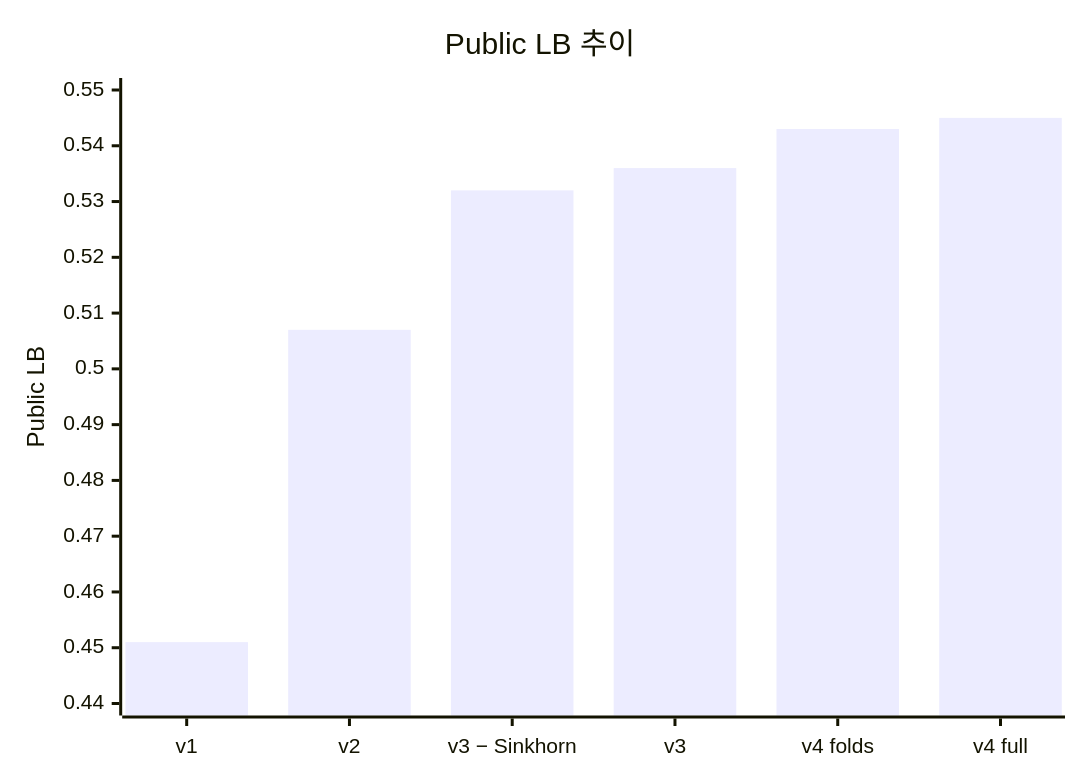
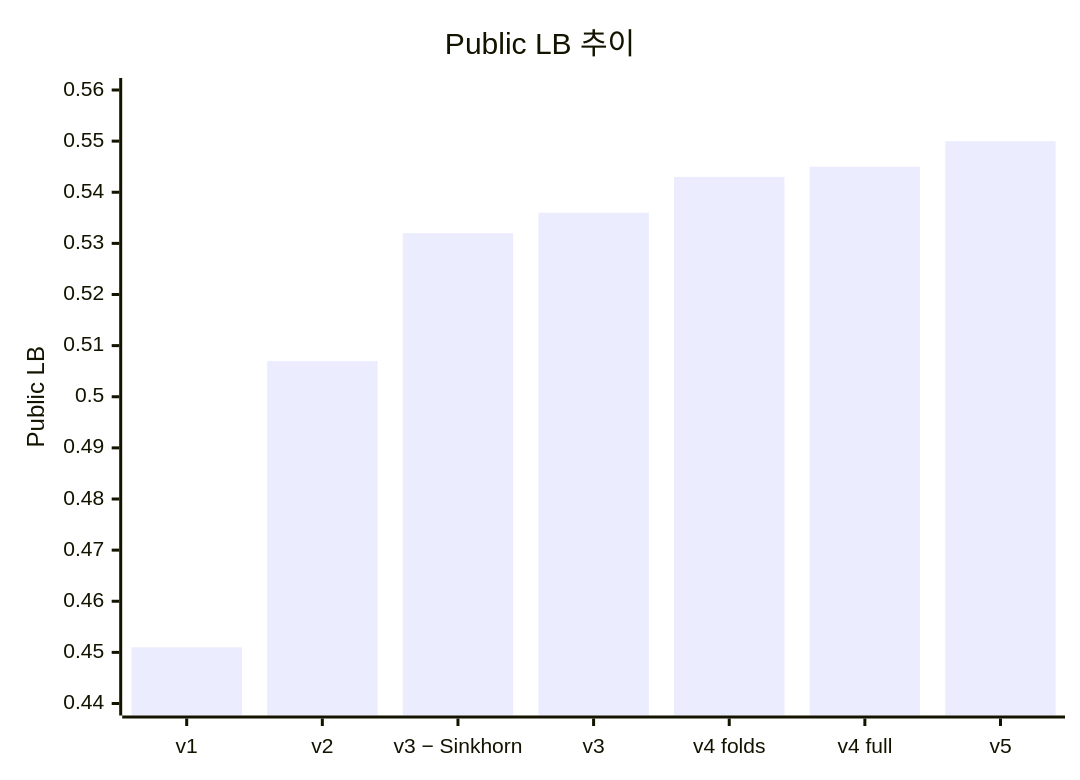
One commit to Lee-Jungwoo/name-that-llm changed the first of 2 diagrams in EXPERIMENTS.md. Above: the diagram before and after it, drawn with Mermaid. The commit also changed other lines of this file and 9 other files, not shown here.

````diff
--- a/EXPERIMENTS.md
+++ b/EXPERIMENTS.md
@@ -21,7 +22,7 @@
 ```mermaid
 xychart-beta
     title "Public LB 추이"
-    x-axis ["v1", "v2", "v3 − Sinkhorn", "v3", "v4 folds", "v4 full"]
-    y-axis "Public LB" 0.44 --> 0.55
-    bar [0.451, 0.507, 0.532, 0.536, 0.543, 0.545]
+    x-axis ["v1", "v2", "v3 − Sinkhorn", "v3", "v4 folds", "v4 full", "v5"]
+    y-axis "Public LB" 0.44 --> 0.56
+    bar [0.451, 0.507, 0.532, 0.536, 0.543, 0.545, 0.550]
 ```
````
